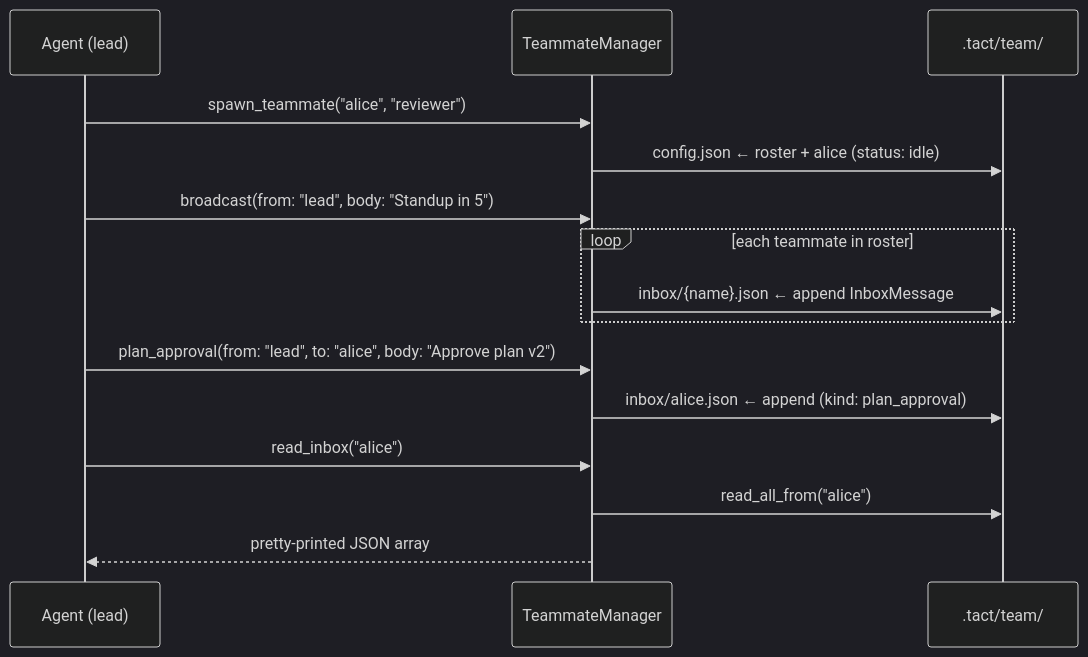
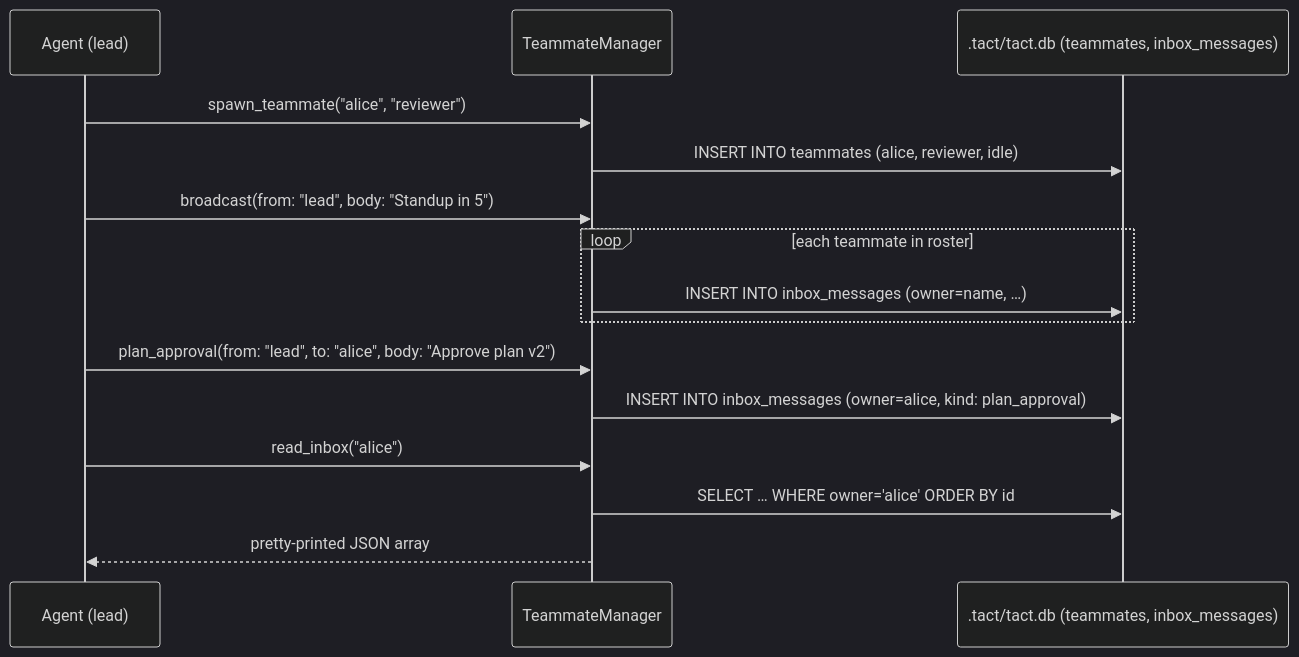
Before and after one commit to rust-infra/tact: the diagram in book/14_chapter_team.md, drawn with Mermaid (dark theme). The commit also changed other lines of this file and 344 other files, not shown here.

````diff
--- a/book/14_chapter_team.md
+++ b/book/14_chapter_team.md
@@ -84,21 +78,21 @@
 ```mermaid
 sequenceDiagram
     participant Lead as Agent (lead)
     participant TM as TeammateManager
-    participant FS as .tact/team/
+    participant DB as .tact/tact.db (teammates, inbox_messages)
 
     Lead->>TM: spawn_teammate("alice", "reviewer")
-    TM->>FS: config.json ← roster + alice (status: idle)
+    TM->>DB: INSERT INTO teammates (alice, reviewer, idle)
 
     Lead->>TM: broadcast(from: "lead", body: "Standup in 5")
     loop each teammate in roster
-        TM->>FS: inbox/{name}.json ← append InboxMessage
+        TM->>DB: INSERT INTO inbox_messages (owner=name, …)
     end
 
     Lead->>TM: plan_approval(from: "lead", to: "alice", body: "Approve plan v2")
-    TM->>FS: inbox/alice.json ← append (kind: plan_approval)
+    TM->>DB: INSERT INTO inbox_messages (owner=alice, kind: plan_approval)
 
     Lead->>TM: read_inbox("alice")
-    TM->>FS: read_all_from("alice")
+    TM->>DB: SELECT … WHERE owner='alice' ORDER BY id
     TM-->>Lead: pretty-printed JSON array
 ```
````
